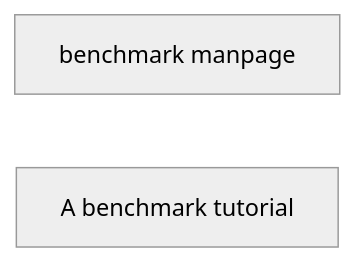
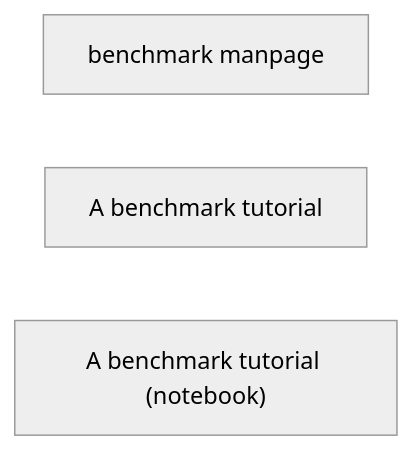
Before and after one commit to Iximiel/plumed-school-benchmark: the diagram in NAVIGATION.md, drawn with Mermaid (neutral theme). The commit also changed 3 other files, not shown here.

````diff
--- a/NAVIGATION.md
+++ b/NAVIGATION.md
@@ -8,7 +8,9 @@
 ```mermaid
 flowchart LR
 A[benchmark manpage]
 B[A benchmark tutorial]
+C["A benchmark tutorial (notebook)"]
 click A "README.md" "A manpage for plumed benchmark"
 click B "Tutorial.md" "A tutorial on the coordination"
+click C "Tutorial.ipynb" "The notebook with the scripts relative to the tutorial on the coordination"
 ```
````
